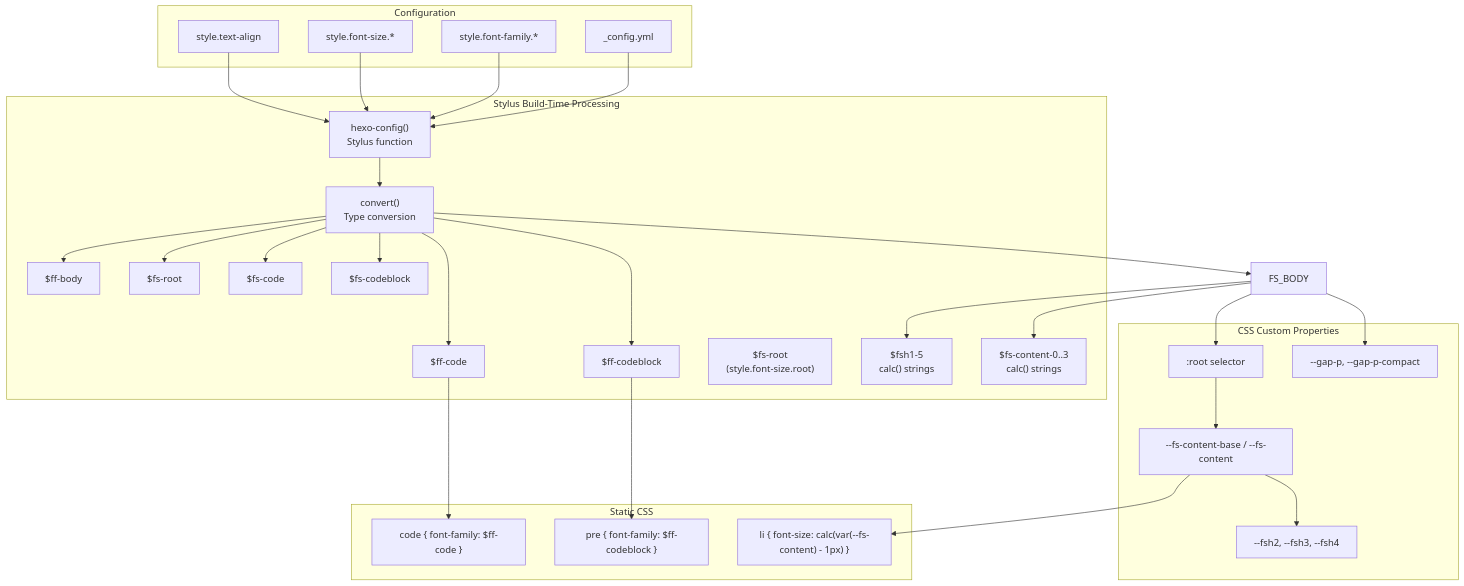
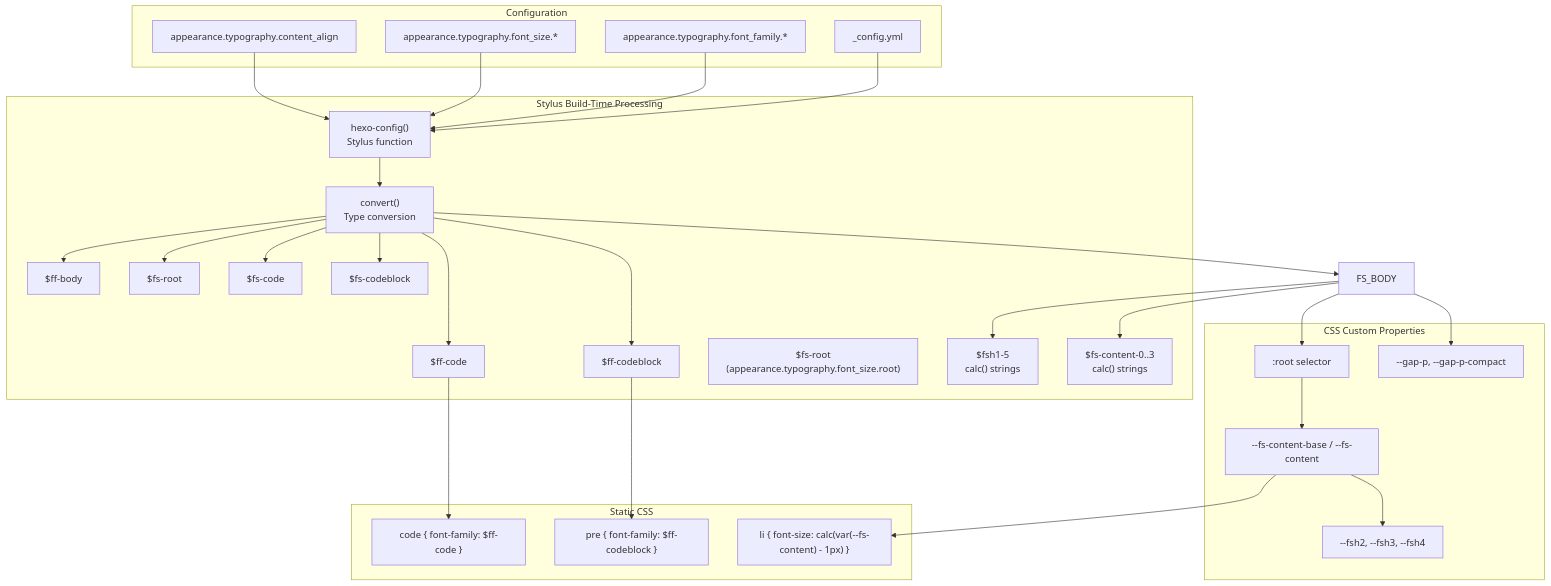
One commit to xaoxuu/hexo-theme-stellar changed the first of 3 diagrams in docs/knowledge/01-样式系统/typography.md. Above: the diagram before and after it, drawn with Mermaid. The commit also changed other lines of this file and 861 other files, not shown here.

````diff
--- a/docs/knowledge/01-样式系统/typography.md
+++ b/docs/knowledge/01-样式系统/typography.md
@@ -35,65 +35,65 @@
 ```mermaid
 graph TB
     subgraph "Configuration"
         YML["_config.yml"]
-        FONT_FAM["style.font-family.*"]
-        FONT_SIZE["style.font-size.*"]
-        TEXT_ALIGN["style.text-align"]
+        FONT_FAM["appearance.typography.font_family.*"]
+        FONT_SIZE["appearance.typography.font_size.*"]
+        TEXT_ALIGN["appearance.typography.content_align"]
     end
     
     subgraph "Stylus Build-Time Processing"
         HEXO_CFG["hexo-config()<br/>Stylus function"]
         CONVERT["convert()<br/>Type conversion"]
         
         FF_BODY["$ff-body"]
         FF_CODE["$ff-code"]
         FF_CODEBLOCK["$ff-codeblock"]
         
         FS_ROOT["$fs-root"]
-        FS_BASE["$fs-root<br/>(style.font-size.root)"]
+        FS_BASE["$fs-root<br/>(appearance.typography.font_size.root)"]
         FS_CODE["$fs-code"]
         FS_CODEBLOCK["$fs-codeblock"]
         
         FSH_CALC["$fsh1-5<br/>calc() strings"]
         FSP_CALC["$fs-content-0..3<br/>calc() strings"]
     end
     
     subgraph "CSS Custom Properties"
         ROOT[":root selector"]
         VAR_FSP["--fs-content-base / --fs-content"]
         VAR_FSH["--fsh2, --fsh3, --fsh4"]
         VAR_GAP["--gap-p, --gap-p-compact"]
     end
     
     subgraph "Static CSS"
         CODE_FF["code { font-family: $ff-code }"]
         PRE_FF["pre { font-family: $ff-codeblock }"]
         LI_FS["li { font-size: calc(var(--fs-content) - 1px) }"]
     end
     
     YML --> HEXO_CFG
     FONT_FAM --> HEXO_CFG
     FONT_SIZE --> HEXO_CFG
     TEXT_ALIGN --> HEXO_CFG
     
     HEXO_CFG --> CONVERT
     CONVERT --> FF_BODY
     CONVERT --> FF_CODE
     CONVERT --> FF_CODEBLOCK
     CONVERT --> FS_ROOT
     CONVERT --> FS_BODY
     CONVERT --> FS_CODE
     CONVERT --> FS_CODEBLOCK
     
     FS_BODY --> FSH_CALC
     FS_BODY --> FSP_CALC
     
     FS_BODY --> ROOT
     ROOT --> VAR_FSP
     VAR_FSP --> VAR_FSH
     FS_BODY --> VAR_GAP
     
     FF_CODE --> CODE_FF
     FF_CODEBLOCK --> PRE_FF
     VAR_FSP --> LI_FS
 ```
````
